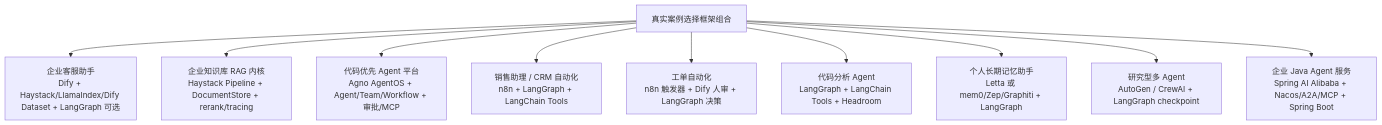
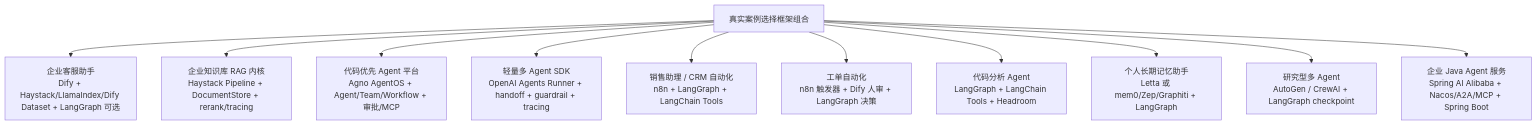
One commit to onlycaizhongwen/llm-framework-internals changed the fifth of 5 diagrams in docs/cross-framework-analysis/index.md. Above: the diagram before and after it, drawn with Mermaid. The commit also changed other lines of this file and 5769 other files, not shown here.

````diff
--- a/docs/cross-framework-analysis/index.md
+++ b/docs/cross-framework-analysis/index.md
@@ -270,13 +324,14 @@
 ```mermaid
 flowchart TB
     Cases["真实案例选择框架组合"]
     Cases --> CS["企业客服助手<br/>Dify + Haystack/LlamaIndex/Dify Dataset + LangGraph 可选"]
     Cases --> KBRAG["企业知识库 RAG 内核<br/>Haystack Pipeline + DocumentStore + rerank/tracing"]
     Cases --> AgnoCase["代码优先 Agent 平台<br/>Agno AgentOS + Agent/Team/Workflow + 审批/MCP"]
+    Cases --> OpenAICase["轻量多 Agent SDK<br/>OpenAI Agents Runner + handoff + guardrail + tracing"]
     Cases --> Sales["销售助理 / CRM 自动化<br/>n8n + LangGraph + LangChain Tools"]
     Cases --> Ticket["工单自动化<br/>n8n 触发器 + Dify 人审 + LangGraph 决策"]
     Cases --> Code["代码分析 Agent<br/>LangGraph + LangChain Tools + Headroom"]
     Cases --> Memory["个人长期记忆助手<br/>Letta 或 mem0/Zep/Graphiti + LangGraph"]
     Cases --> Research["研究型多 Agent<br/>AutoGen / CrewAI + LangGraph checkpoint"]
     Cases --> JavaAgent["企业 Java Agent 服务<br/>Spring AI Alibaba + Nacos/A2A/MCP + Spring Boot"]
 ```
````
